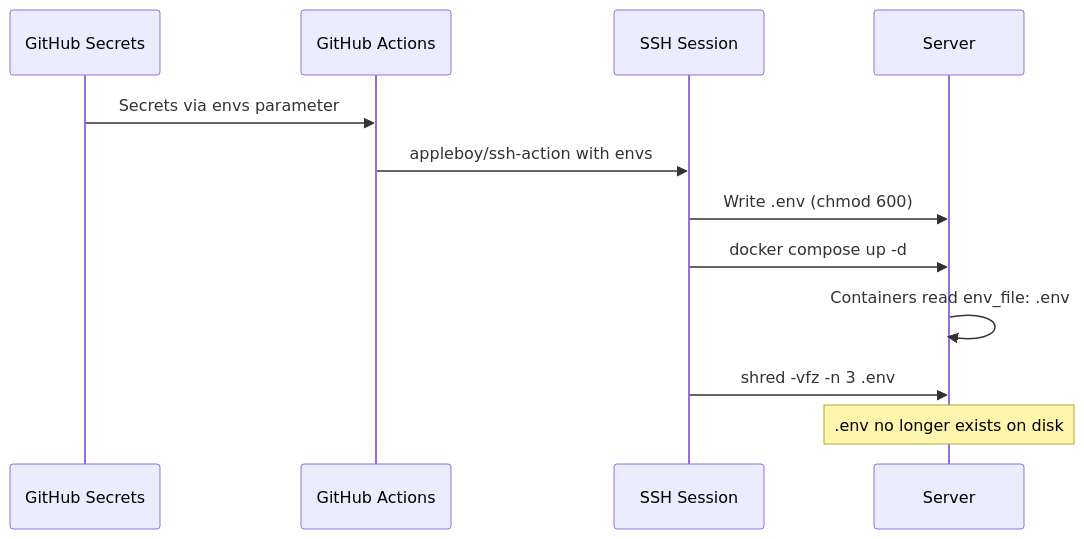
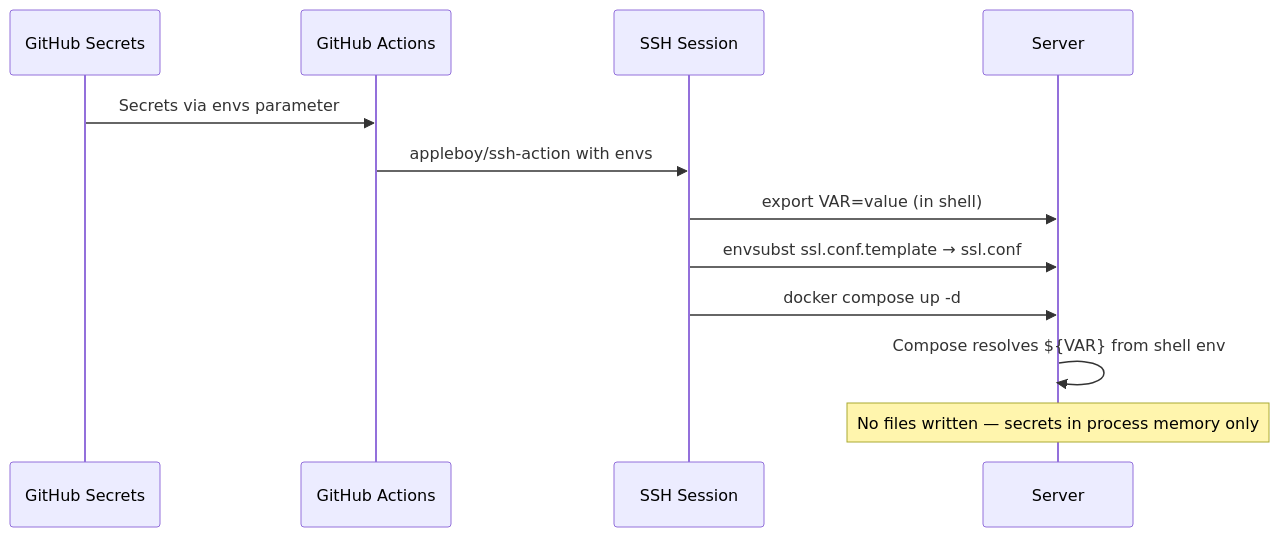
One commit to Aleksei-Michnik/myfinpro changed the second of 2 diagrams in docs/deployment.md. Above: the diagram before and after it, drawn with Mermaid. The commit also changed other lines of this file and 12 other files, not shown here.

First line of the commit message:
feat(infra): SSL-only deployment with domain secrets, no .env files

````diff
--- a/docs/deployment.md
+++ b/docs/deployment.md
@@ -369,15 +405,15 @@
 ```mermaid
 sequenceDiagram
     participant GH as GitHub Secrets
     participant GA as GitHub Actions
     participant SSH as SSH Session
     participant Srv as Server
 
     GH->>GA: Secrets via envs parameter
     GA->>SSH: appleboy/ssh-action with envs
-    SSH->>Srv: Write .env (chmod 600)
+    SSH->>Srv: export VAR=value (in shell)
+    SSH->>Srv: envsubst ssl.conf.template → ssl.conf
     SSH->>Srv: docker compose up -d
-    Srv->>Srv: Containers read env_file: .env
-    SSH->>Srv: shred -vfz -n 3 .env
-    Note over Srv: .env no longer exists on disk
+    Srv->>Srv: Compose resolves ${VAR} from shell env
+    Note over Srv: No files written — secrets in process memory only
 ```
````
